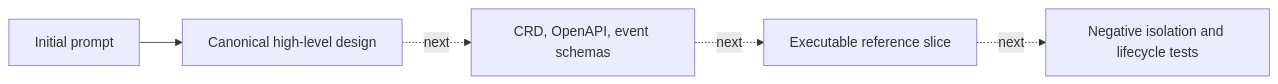
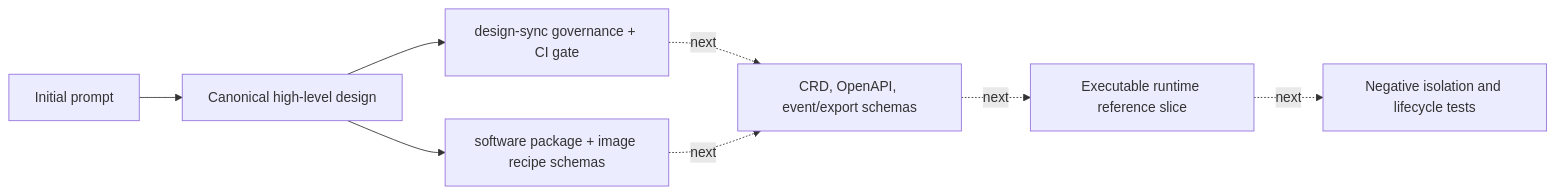
Before and after one commit to diaryfolio/MalZone: the diagram in docs/design/high-level/00-implementation-conformance.md, drawn with Mermaid. The commit also changed other lines of this file and 30 other files, not shown here.

````diff
--- a/docs/design/high-level/00-implementation-conformance.md
+++ b/docs/design/high-level/00-implementation-conformance.md
@@ -15,7 +15,9 @@
 ```mermaid
 flowchart LR
     Prompt["Initial prompt"] --> Design["Canonical high-level design"]
-    Design -. "next" .-> Contracts["CRD, OpenAPI, event schemas"]
-    Contracts -. "next" .-> Reference["Executable reference slice"]
+    Design --> Governance["design-sync governance + CI gate"]
+    Design --> SoftwareContracts["software package + image recipe schemas"]
+    Governance & SoftwareContracts -. "next" .-> Contracts["CRD, OpenAPI, event/export schemas"]
+    Contracts -. "next" .-> Reference["Executable runtime reference slice"]
     Reference -. "next" .-> Cluster["Negative isolation and lifecycle tests"]
 ```
````
